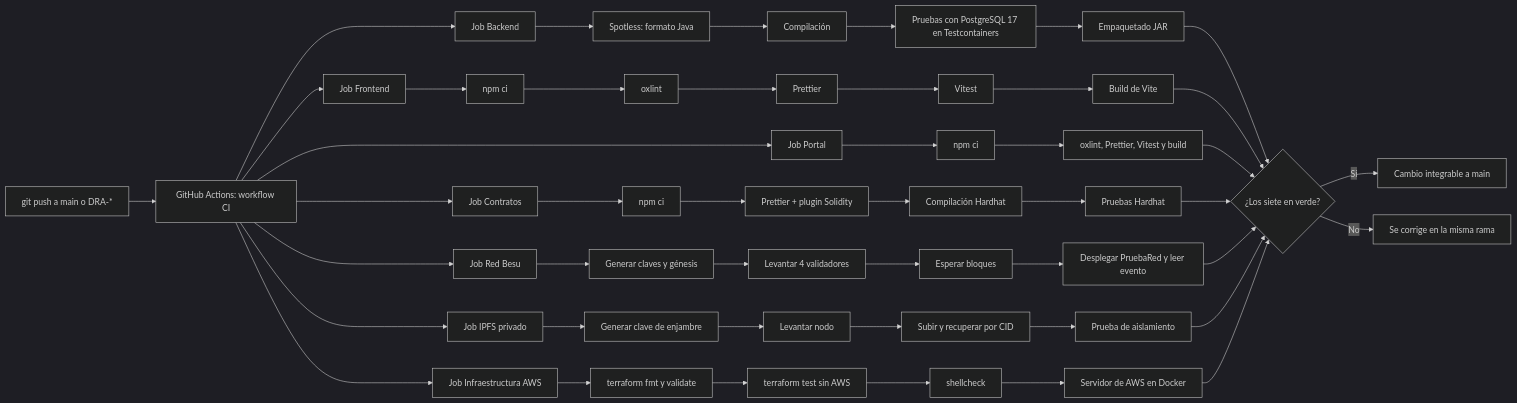
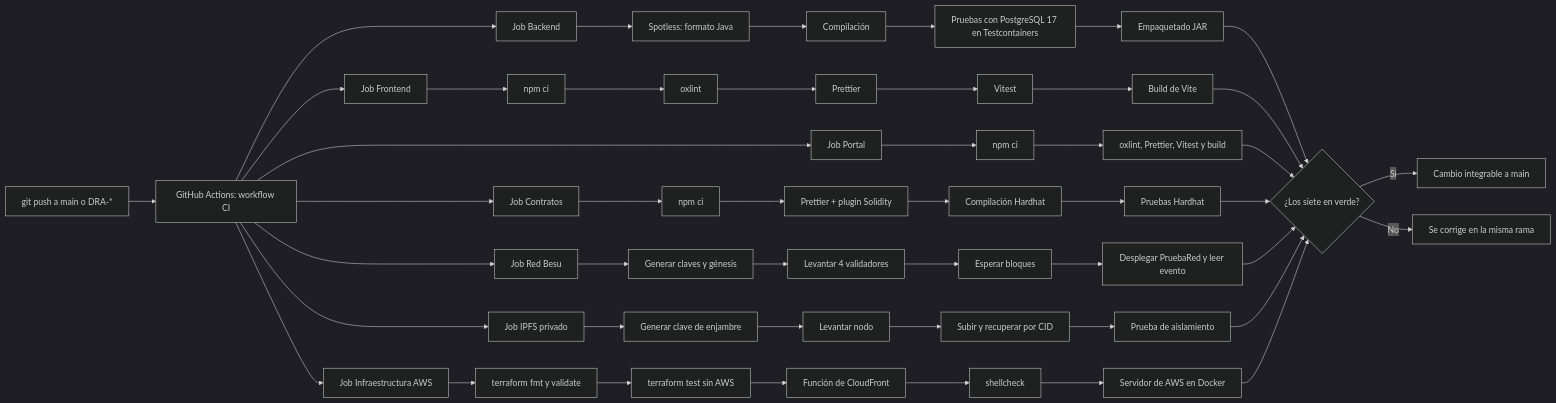
The diagram in docs/arquitectura/integracion-continua.md (Garyn14/TESIS_FERNANDO), drawn with Mermaid (dark theme) before and after one commit. The commit also changed other lines of this file, not shown here.

Commit message:
CI: registro de la ejecución 42492338983 (DRA-54)
Claude-Session: https://claude.ai/code/session_01JJXdgpZH4P7EMYrs4PGMh8

````diff
--- a/docs/arquitectura/integracion-continua.md
+++ b/docs/arquitectura/integracion-continua.md
@@ -22,21 +22,21 @@
 ```mermaid
 flowchart LR
     A[git push a main o DRA-*] --> W[GitHub Actions: workflow CI]
     W --> B[Job Backend]
     W --> F[Job Frontend]
     W --> P[Job Portal]
     W --> C[Job Contratos]
     W --> RB[Job Red Besu]
     W --> IP[Job IPFS privado]
     W --> AW[Job Infraestructura AWS]
     B --> B1[Spotless: formato Java] --> B2[Compilación] --> B3[Pruebas con PostgreSQL 17 en Testcontainers] --> B4[Empaquetado JAR]
     F --> F1[npm ci] --> F2[oxlint] --> F3[Prettier] --> F4[Vitest] --> F5[Build de Vite]
     P --> P1[npm ci] --> P2[oxlint, Prettier, Vitest y build]
     C --> C1[npm ci] --> C2[Prettier + plugin Solidity] --> C3[Compilación Hardhat] --> C4[Pruebas Hardhat]
     RB --> RB1[Generar claves y génesis] --> RB2[Levantar 4 validadores] --> RB3[Esperar bloques] --> RB4[Desplegar PruebaRed y leer evento]
     IP --> IP1[Generar clave de enjambre] --> IP2[Levantar nodo] --> IP3[Subir y recuperar por CID] --> IP4[Prueba de aislamiento]
-    AW --> AW1[terraform fmt y validate] --> AW2[terraform test sin AWS] --> AW3[shellcheck] --> AW4[Servidor de AWS en Docker]
+    AW --> AW1[terraform fmt y validate] --> AW2[terraform test sin AWS] --> AW2b[Función de CloudFront] --> AW3[shellcheck] --> AW4[Servidor de AWS en Docker]
     B4 & F5 & P2 & C4 & RB4 & IP4 & AW4 --> R{¿Los siete en verde?}
     R -- Sí --> OK[Cambio integrable a main]
     R -- No --> KO[Se corrige en la misma rama]
 ```
````
